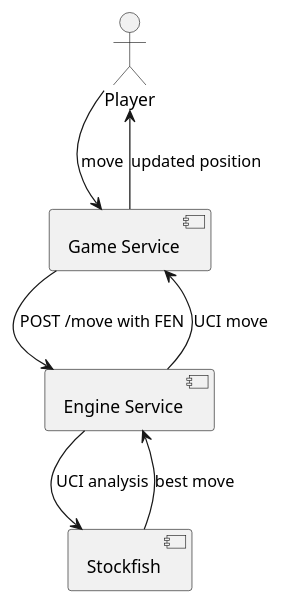
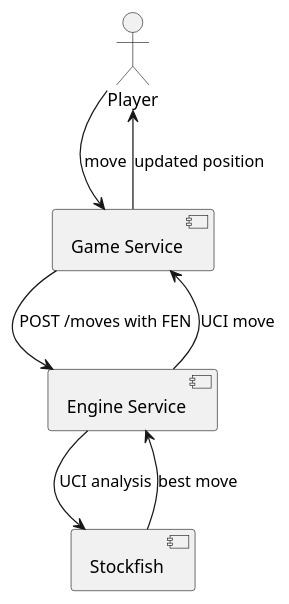
The diagram in docs/architecture.md (szoftarch-chess-platform/engine-service), drawn with PlantUML before and after one commit. The commit also changed 14 other files, not shown here.

````diff
--- a/docs/architecture.md
+++ b/docs/architecture.md
@@ -5,17 +5,17 @@
 ```plantuml
 @startuml
 
 actor "Player" as Player
 component "Game Service" as Game
 component "Engine Service" as Engine
 component "Stockfish" as Stockfish
 
 Player --> Game : move
-Game --> Engine : POST /move with FEN
+Game --> Engine : POST /moves with FEN
 Engine --> Stockfish : UCI analysis
 Stockfish --> Engine : best move
 Engine --> Game : UCI move
 Game --> Player : updated position
 
 @enduml
 ```
````
